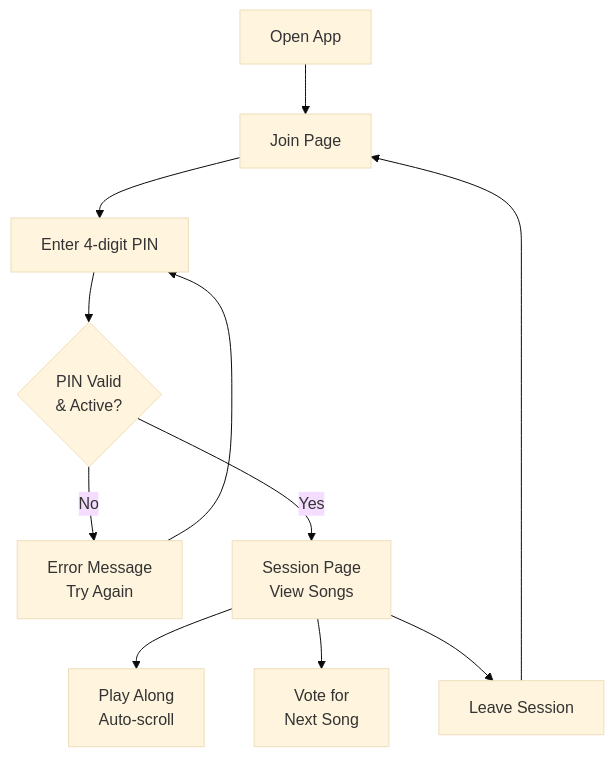
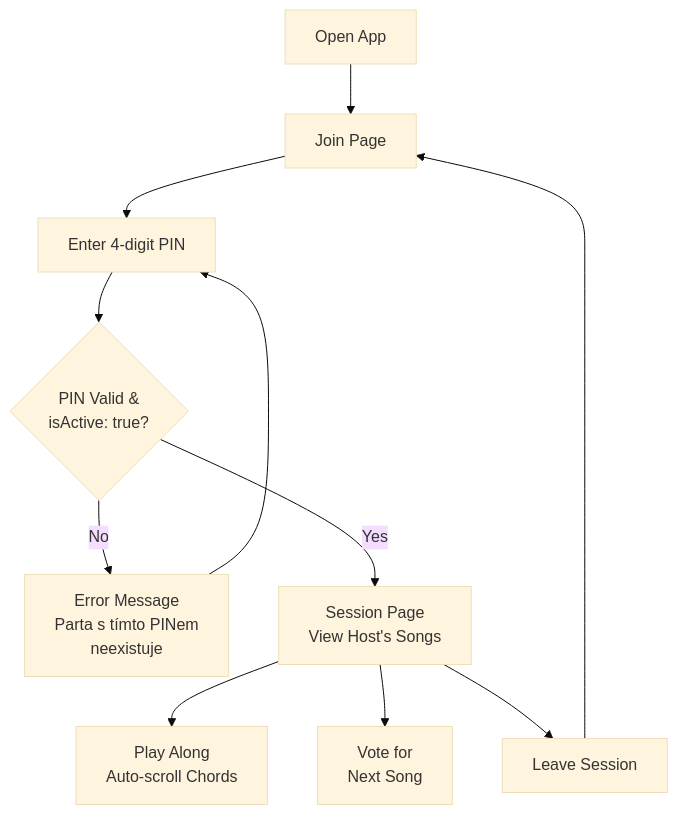
One commit to fMuchka/my-pisnicka2.0 changed the second of 5 diagrams in docs/user-flows.md. Above: the diagram before and after it, drawn with Mermaid (base theme). The commit also changed other lines of this file and 4 other files, not shown here.

````diff
--- a/docs/user-flows.md
+++ b/docs/user-flows.md
@@ -24,13 +33,13 @@
 ```mermaid
 flowchart TD
   START[Open App] --> JOIN[Join Page]
   JOIN --> PIN[Enter 4-digit PIN]
-  PIN --> VALIDATE{PIN Valid<br/>& Active?}
-  VALIDATE -- No --> ERR[Error Message<br/>Try Again]
+  PIN --> VALIDATE{PIN Valid &<br/>isActive: true?}
+  VALIDATE -- No --> ERR[Error Message<br/>Parta s tímto PINem<br/>neexistuje]
   ERR --> PIN
-  VALIDATE -- Yes --> SESSION[Session Page<br/>View Songs]
-  SESSION --> PLAY[Play Along<br/>Auto-scroll]
+  VALIDATE -- Yes --> SESSION[Session Page<br/>View Host's Songs]
+  SESSION --> PLAY[Play Along<br/>Auto-scroll Chords]
   SESSION --> VOTE[Vote for<br/>Next Song]
   SESSION --> LEAVE[Leave Session]
   LEAVE --> JOIN
 ```
````
